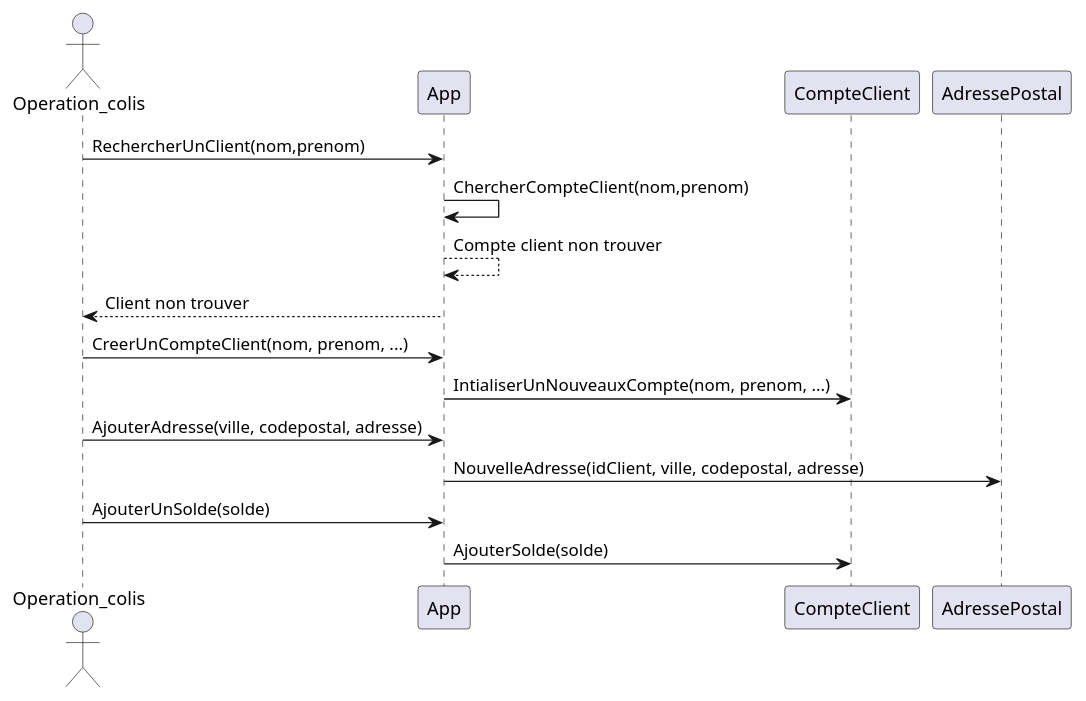
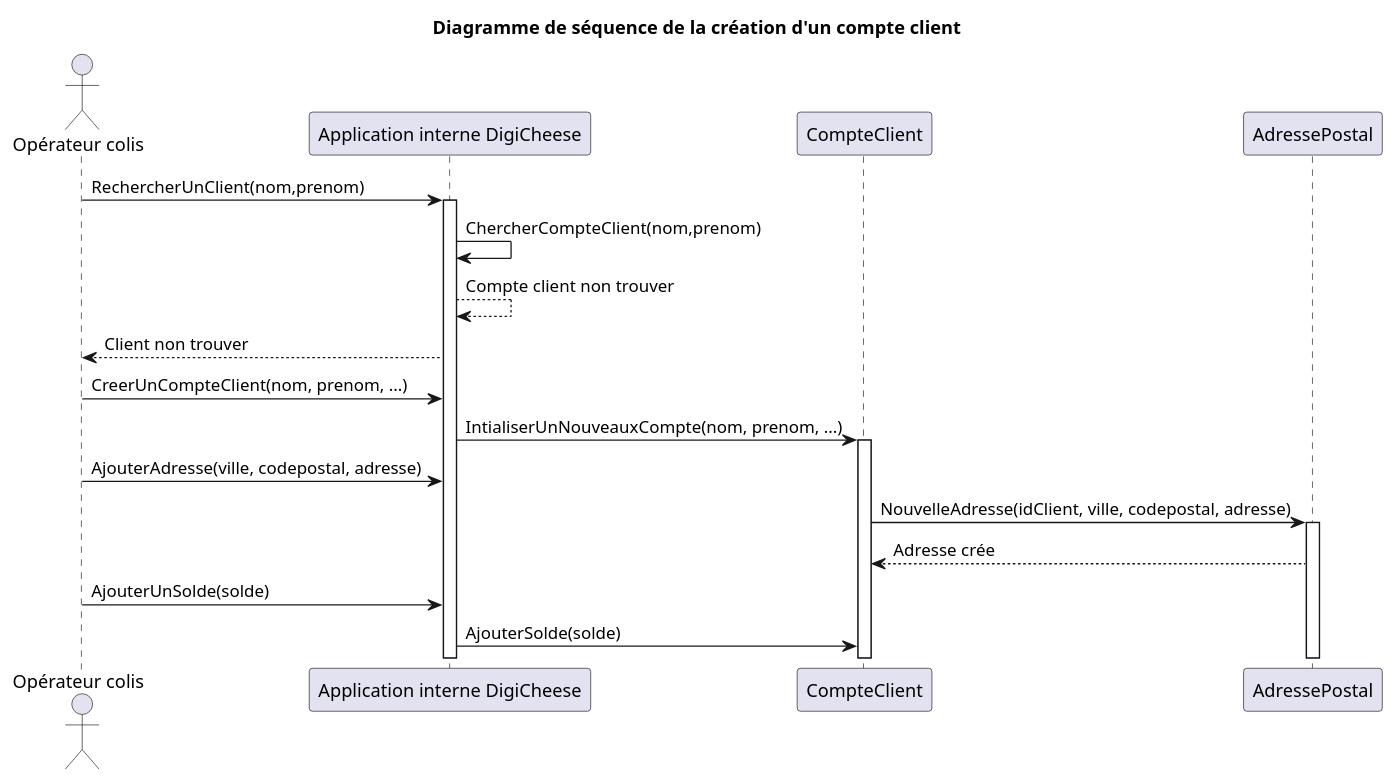
Before and after one commit to Bluwen/Conception_d_une_application_informatique: the diagram in Cas_séquence/DS_Creation_Compte_Client.puml, drawn with PlantUML. The commit also changed 11 other files, not shown here.

Commit message:
Mise au points du vocabulaire des diagrammes

```diff
--- a/Cas_séquence/DS_Creation_Compte_Client.puml
+++ b/Cas_séquence/DS_Creation_Compte_Client.puml
@@ -1,18 +1,24 @@
-@startuml Création de compte client
+@startuml Diagramme de séquence de la création d'un compte client
 
-actor Operation_colis
+actor "Opérateur colis"
 
-Operation_colis -> App : RechercherUnClient(nom,prenom)
-App -> App : ChercherCompteClient(nom,prenom)
-App --> App : Compte client non trouver
-App --> Operation_colis : Client non trouver
+"Opérateur colis" -> "Application interne DigiCheese" : RechercherUnClient(nom,prenom)
+activate "Application interne DigiCheese"
+"Application interne DigiCheese" -> "Application interne DigiCheese" : ChercherCompteClient(nom,prenom)
+"Application interne DigiCheese" --> "Application interne DigiCheese" : Compte client non trouver
+"Application interne DigiCheese" --> "Opérateur colis" : Client non trouver
 
-Operation_colis -> App : CreerUnCompteClient(nom, prenom, ...)
-App ->  CompteClient : IntialiserUnNouveauxCompte(nom, prenom, ...)
+"Opérateur colis" -> "Application interne DigiCheese" : CreerUnCompteClient(nom, prenom, ...)
+"Application interne DigiCheese" ->  CompteClient : IntialiserUnNouveauxCompte(nom, prenom, ...)
+activate CompteClient
 
-Operation_colis -> App : AjouterAdresse(ville, codepostal, adresse)
-App -> AdressePostal : NouvelleAdresse(idClient, ville, codepostal, adresse)
-Operation_colis -> App : AjouterUnSolde(solde)
-App -> CompteClient : AjouterSolde(solde)
+"Opérateur colis" -> "Application interne DigiCheese" : AjouterAdresse(ville, codepostal, adresse)
+CompteClient -> AdressePostal : NouvelleAdresse(idClient, ville, codepostal, adresse)
+activate AdressePostal
+AdressePostal --> CompteClient : Adresse crée
 
+"Opérateur colis" -> "Application interne DigiCheese" : AjouterUnSolde(solde)
+"Application interne DigiCheese" -> CompteClient : AjouterSolde(solde)
+
+title Diagramme de séquence de la création d'un compte client
 @enduml
```
